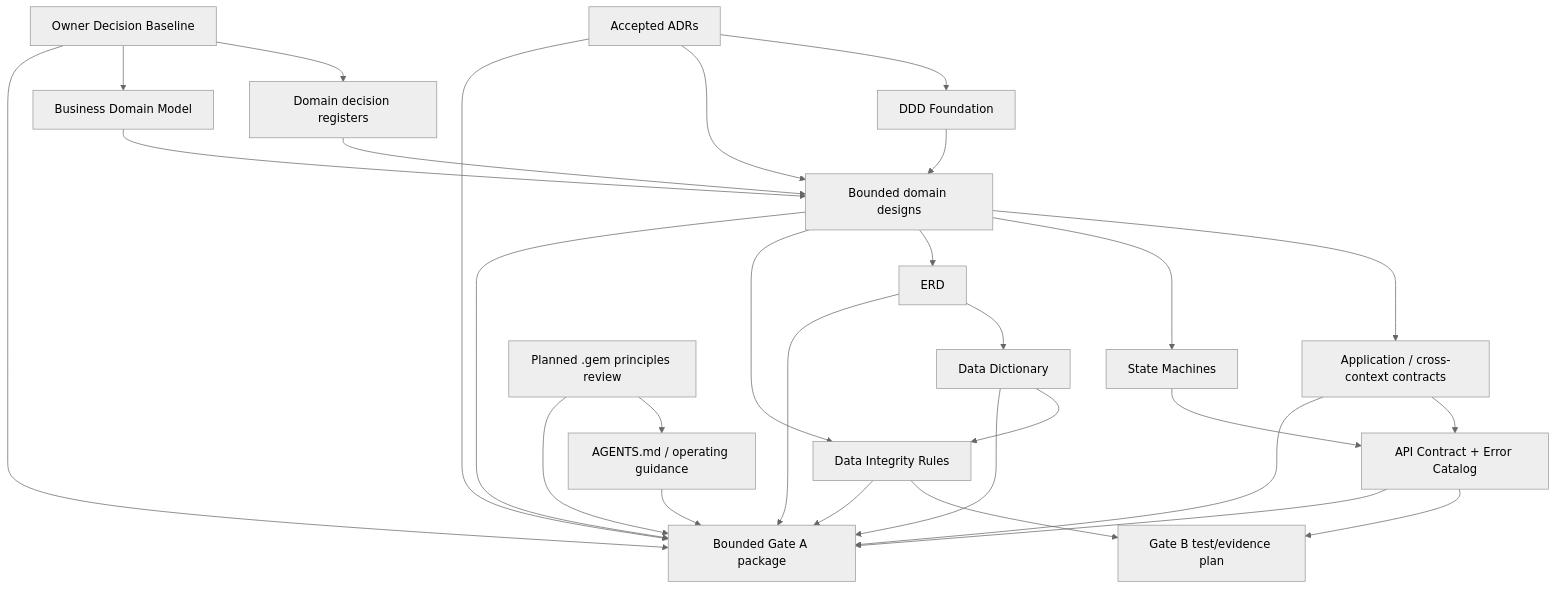
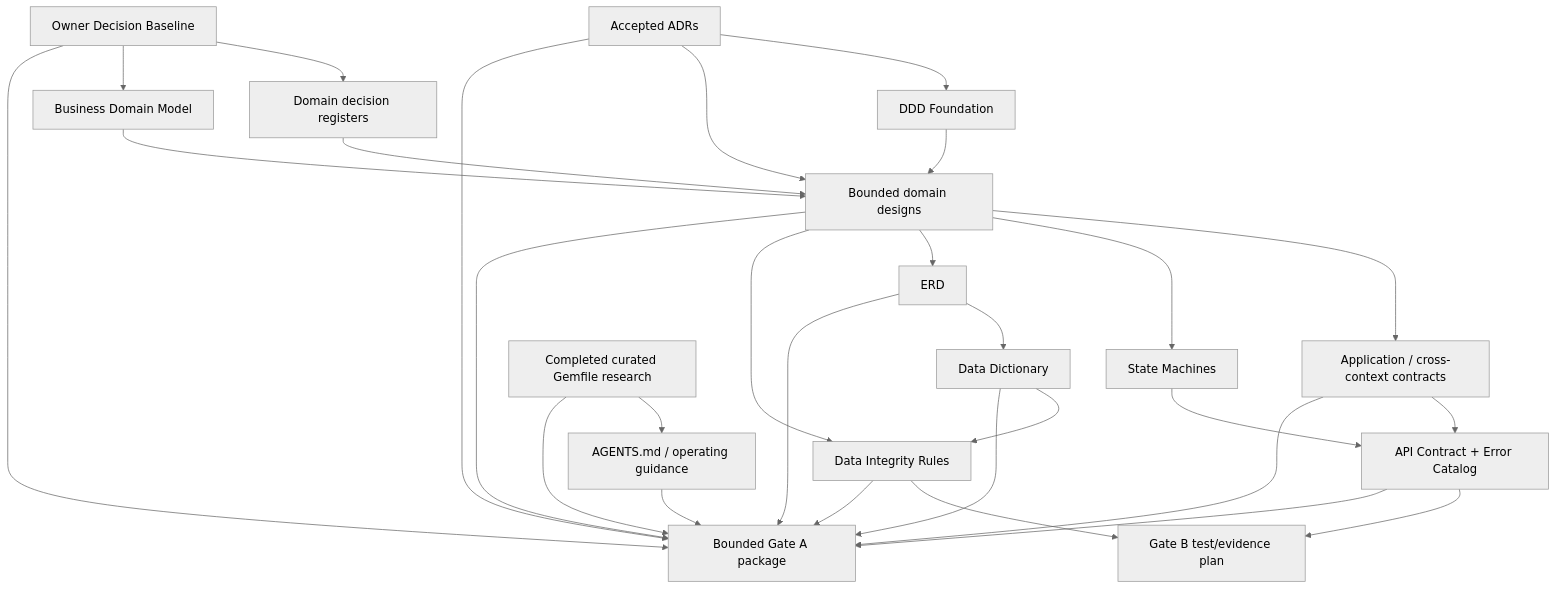
The diagram in docs/research/after_four_comprehensive_documentation_gap_assessment.md (dtvip195/after_four), drawn with Mermaid (neutral theme) before and after one commit. The commit also changed other lines of this file and 5 other files, not shown here.

````diff
--- a/docs/research/after_four_comprehensive_documentation_gap_assessment.md
+++ b/docs/research/after_four_comprehensive_documentation_gap_assessment.md
@@ -415,48 +415,48 @@
 ```mermaid
 flowchart TD
   AG[AGENTS.md / operating guidance]
   ODB[Owner Decision Baseline]
   DREG[Domain decision registers]
   ADR[Accepted ADRs]
   DDD[DDD Foundation]
   BDM[Business Domain Model]
   DD[Bounded domain designs]
   APP[Application / cross-context contracts]
   API[API Contract + Error Catalog]
   ERD[ERD]
   DICT[Data Dictionary]
   INTEG[Data Integrity Rules]
   SM[State Machines]
   GATE[Bounded Gate A package]
   TEST[Gate B test/evidence plan]
-  GEM[Planned .gem principles review]
+  GEM[Completed curated Gemfile research]
 
   ODB --> DREG
   ODB --> BDM
   ADR --> DDD
   ADR --> DD
   DDD --> DD
   BDM --> DD
   DREG --> DD
   DD --> APP
   DD --> SM
   APP --> API
   DD --> ERD
   ERD --> DICT
   DD --> INTEG
   DICT --> INTEG
   SM --> API
   INTEG --> TEST
   API --> TEST
   AG --> GATE
   ODB --> GATE
   ADR --> GATE
   DD --> GATE
   APP --> GATE
   ERD --> GATE
   DICT --> GATE
   INTEG --> GATE
   API --> GATE
   GEM --> AG
   GEM --> GATE
 ```
````
